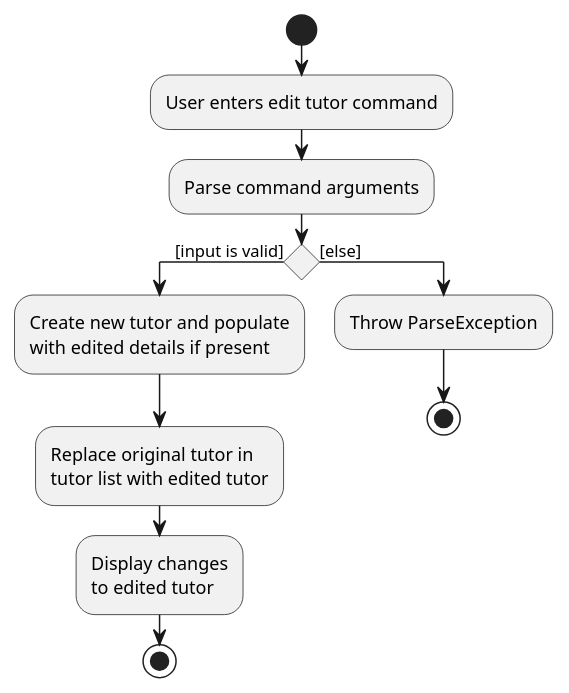
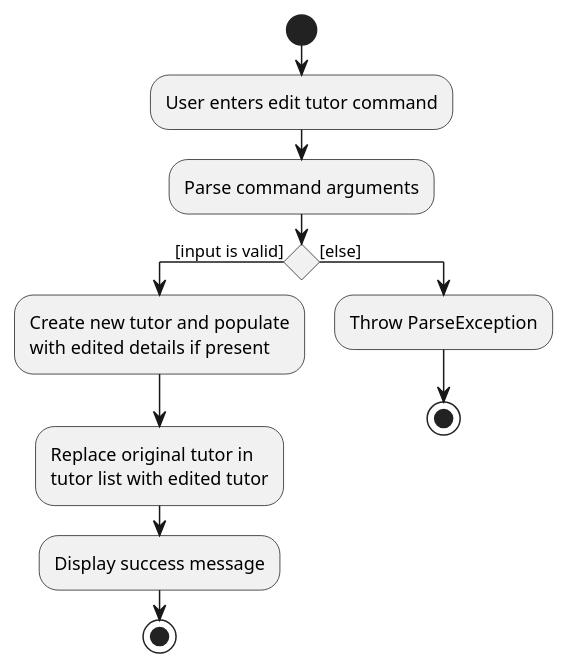
The diagram in docs/diagrams/EditCommandActivityDiagram.puml (tenebrius1/tp), drawn with PlantUML before and after one commit. The commit also changed 15 other files, not shown here.

```diff
--- a/docs/diagrams/EditCommandActivityDiagram.puml
+++ b/docs/diagrams/EditCommandActivityDiagram.puml
@@ -1,18 +1,17 @@
 @startuml
 start
 :User enters edit tutor command;
 :Parse command arguments;
 
 if () then ([input is valid])
     :Create new tutor and populate
     with edited details if present;
     :Replace original tutor in
     tutor list with edited tutor;
-    :Display changes
-    to edited tutor;
+    :Display success message;
     stop
 else ([else])
     :Throw ParseException;
     stop
 endif
 @enduml
```
